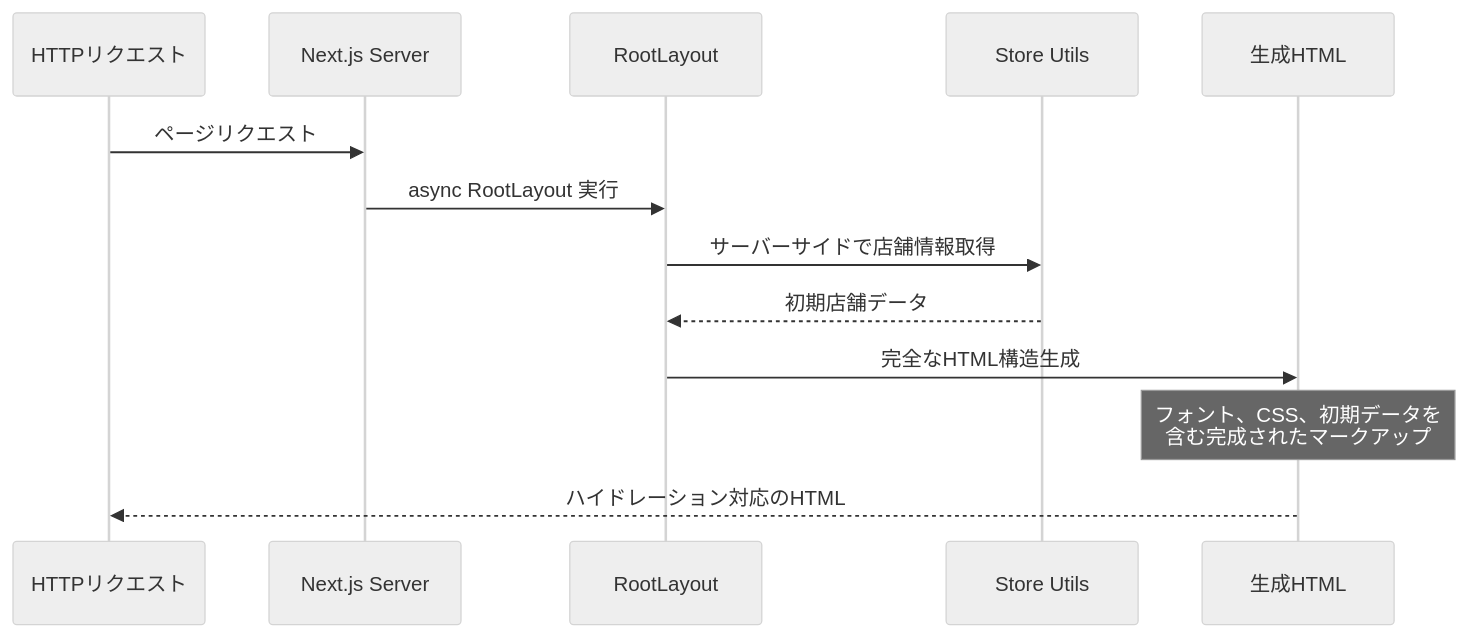
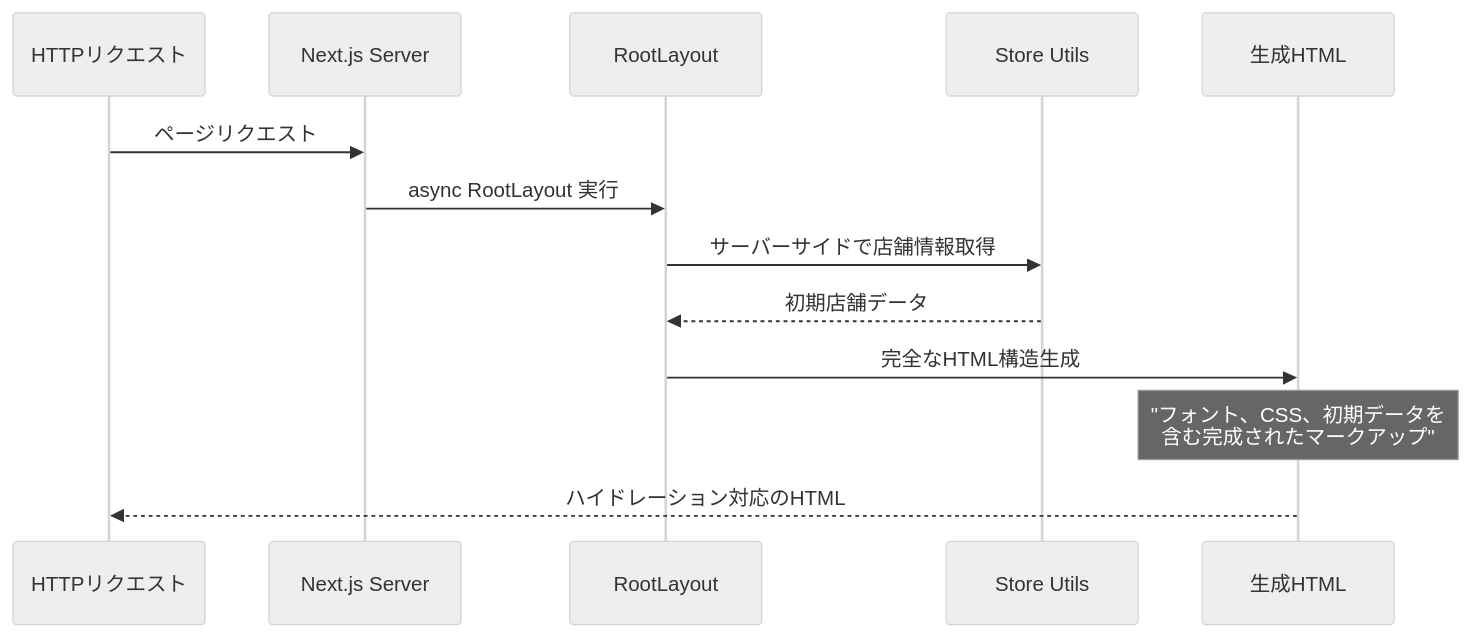
Before and after one commit to wasabi49/ocs-systemDevelopmentExercises: the sixth of 10 diagrams in document/pages/sequence/layout.md, drawn with Mermaid (neutral theme). The commit also changed other lines of this file and 42 other files, not shown here.

First line of the commit message:
fix: mermaidシーケンス図のNote over文でダブルクォーテーション不足を修正

````diff
--- a/document/pages/sequence/layout.md
+++ b/document/pages/sequence/layout.md
@@ -124,18 +124,18 @@
 ```mermaid
 sequenceDiagram
     participant Request as HTTPリクエスト
     participant NextJS as Next.js Server
     participant Layout as RootLayout
     participant StoreUtils as Store Utils
     participant HTML as 生成HTML
 
     Request->>NextJS: ページリクエスト
     NextJS->>Layout: async RootLayout 実行
     Layout->>StoreUtils: サーバーサイドで店舗情報取得
     StoreUtils-->>Layout: 初期店舗データ
     
     Layout->>HTML: 完全なHTML構造生成
-    Note over HTML: フォント、CSS、初期データを<br/>含む完成されたマークアップ
+    Note over HTML: "フォント、CSS、初期データを<br/>含む完成されたマークアップ"
     
     HTML-->>Request: ハイドレーション対応のHTML
 ```
````
